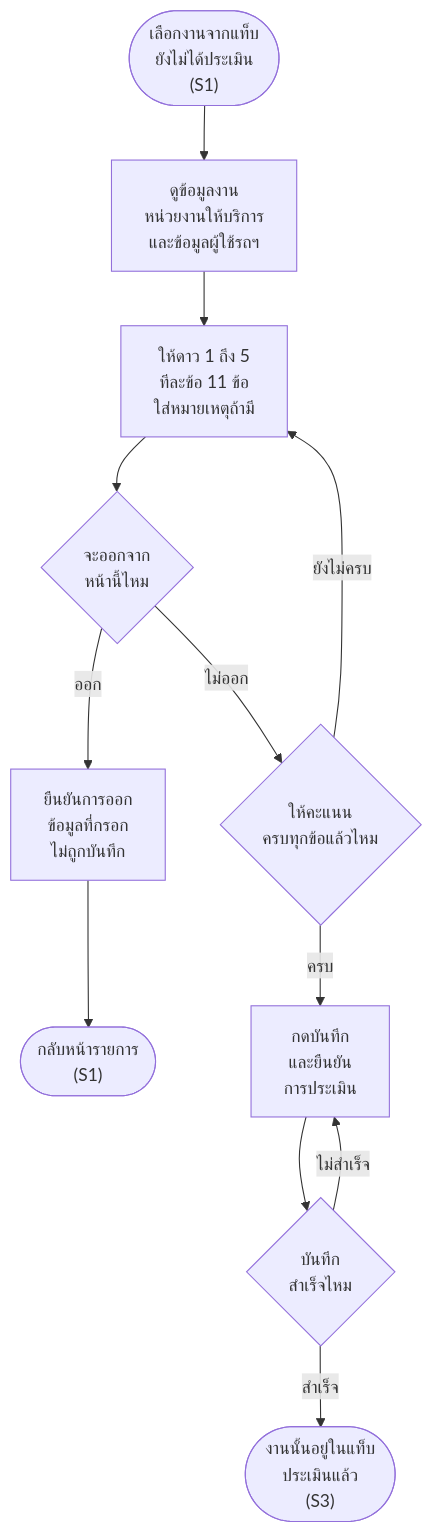
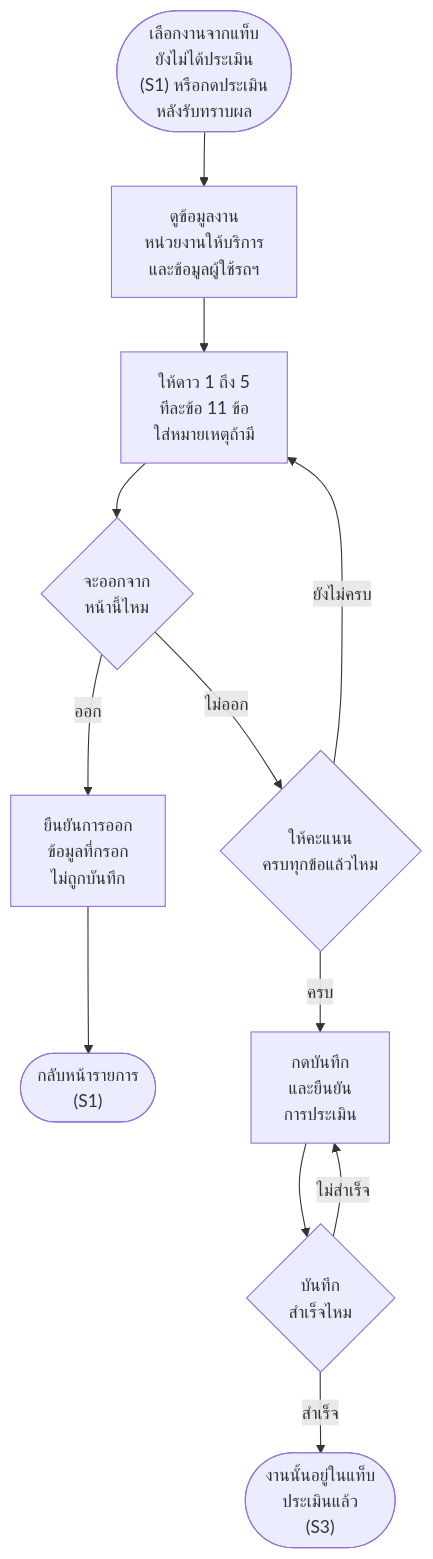
One commit to anugmail/Maintenance-Request-Form changed the second of 3 diagrams in Diagram/09-ประเมินความพึงพอใจ/02-ประเมินความพึงพอใจ-flowchart-กิจกรรม.md. Above: the diagram before and after it, drawn with Mermaid. The commit also changed other lines of this file and 10 other files, not shown here.

````diff
--- a/Diagram/09-ประเมินความพึงพอใจ/02-ประเมินความพึงพอใจ-flowchart-กิจกรรม.md
+++ b/Diagram/09-ประเมินความพึงพอใจ/02-ประเมินความพึงพอใจ-flowchart-กิจกรรม.md
@@ -28,14 +29,14 @@
 ```mermaid
 flowchart TD
-    S(["เลือกงานจากแท็บ<br/>ยังไม่ได้ประเมิน<br/>(S1)"]) --> A1["ดูข้อมูลงาน<br/>หน่วยงานให้บริการ<br/>และข้อมูลผู้ใช้รถฯ"]
+    S(["เลือกงานจากแท็บ<br/>ยังไม่ได้ประเมิน<br/>(S1) หรือกดประเมิน<br/>หลังรับทราบผล"]) --> A1["ดูข้อมูลงาน<br/>หน่วยงานให้บริการ<br/>และข้อมูลผู้ใช้รถฯ"]
     A1 --> A2["ให้ดาว 1 ถึง 5<br/>ทีละข้อ 11 ข้อ<br/>ใส่หมายเหตุถ้ามี"]
     A2 --> Q1{"จะออกจาก<br/>หน้านี้ไหม"}
     Q1 -->|ออก| A5["ยืนยันการออก<br/>ข้อมูลที่กรอก<br/>ไม่ถูกบันทึก"]
     A5 --> E2(["กลับหน้ารายการ<br/>(S1)"])
     Q1 -->|ไม่ออก| Q2{"ให้คะแนน<br/>ครบทุกข้อแล้วไหม"}
     Q2 -->|ยังไม่ครบ| A2
     Q2 -->|ครบ| A3["กดบันทึก<br/>และยืนยัน<br/>การประเมิน"]
     A3 --> Q3{"บันทึก<br/>สำเร็จไหม"}
     Q3 -->|ไม่สำเร็จ| A3
     Q3 -->|สำเร็จ| E1(["งานนั้นอยู่ในแท็บ<br/>ประเมินแล้ว<br/>(S3)"])
 ```
````
